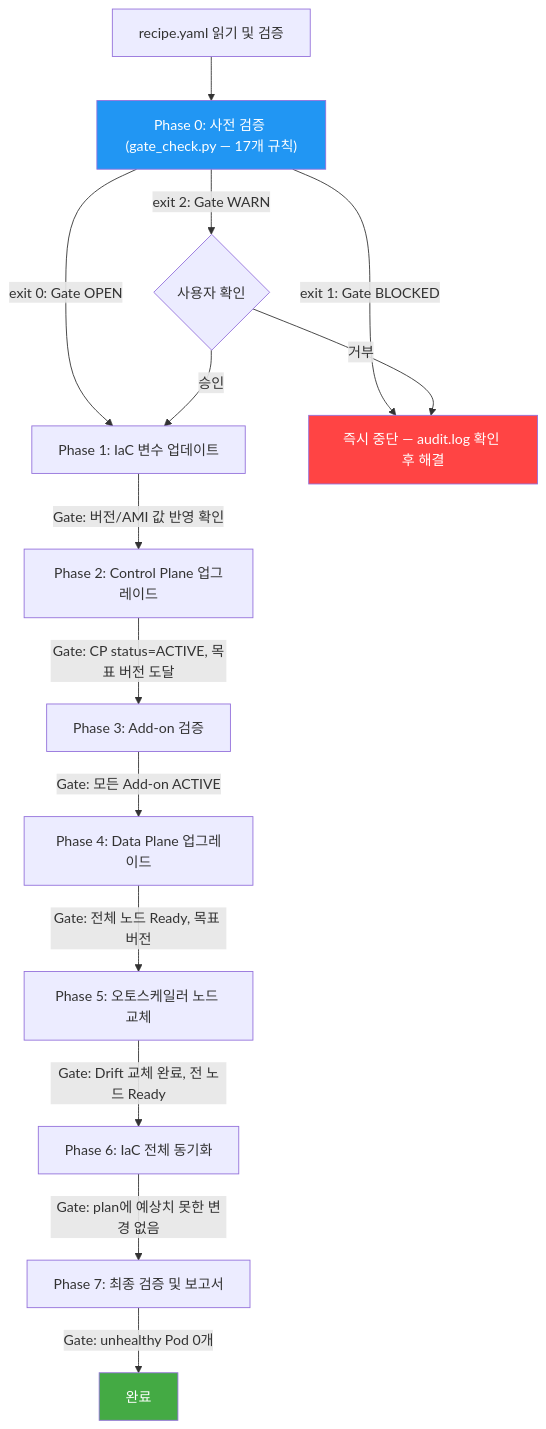
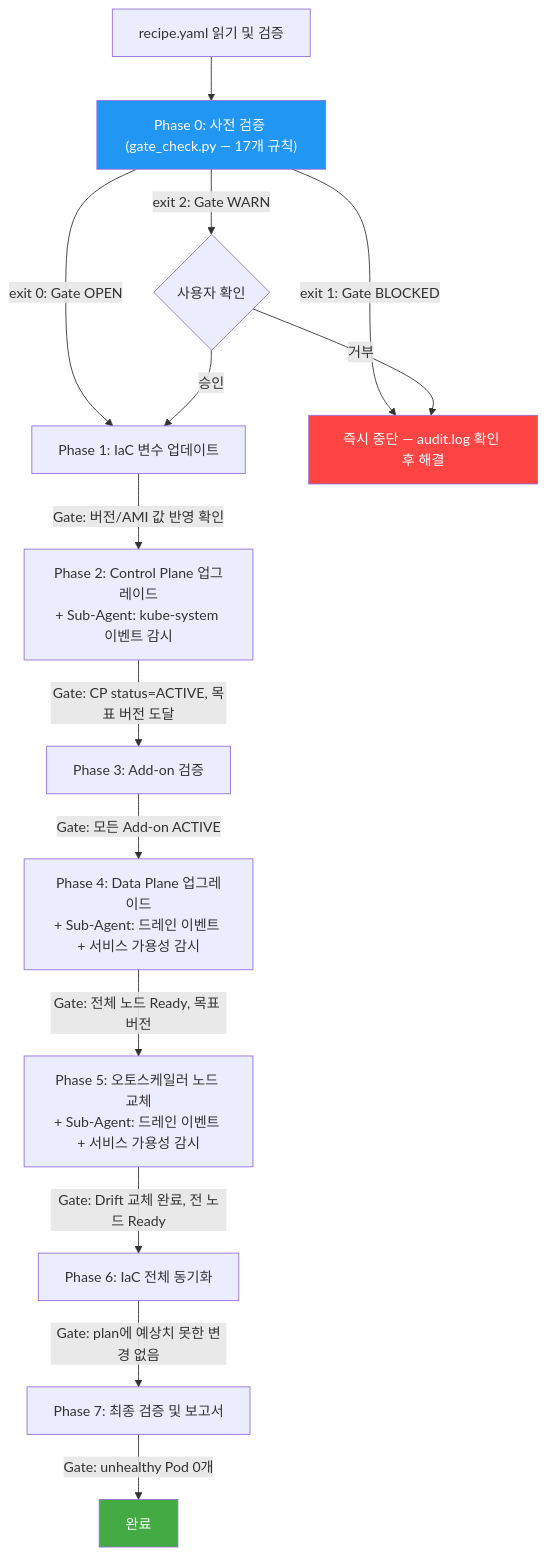
One commit to HaeDalWang/k8s-upgrade-skills changed the diagram in README.md. Above: the diagram before and after it, drawn with Mermaid. The commit also changed other lines of this file, not shown here.

````diff
--- a/README.md
+++ b/README.md
@@ -182,20 +180,20 @@
 ```mermaid
 graph TD
     A[recipe.yaml 읽기 및 검증] --> B0["Phase 0: 사전 검증 (gate_check.py — 17개 규칙)"]
     B0 -- "exit 0: Gate OPEN" --> C[Phase 1: IaC 변수 업데이트]
     B0 -- "exit 1: Gate BLOCKED" --> STOP[즉시 중단 — audit.log 확인 후 해결]
     B0 -- "exit 2: Gate WARN" --> USER_CONFIRM{사용자 확인}
     USER_CONFIRM -- "승인" --> C
     USER_CONFIRM -- "거부" --> STOP
-    C -- "Gate: 버전/AMI 값 반영 확인" --> D[Phase 2: Control Plane 업그레이드]
+    C -- "Gate: 버전/AMI 값 반영 확인" --> D["Phase 2: Control Plane 업그레이드\n+ Sub-Agent: kube-system 이벤트 감시"]
     D -- "Gate: CP status=ACTIVE, 목표 버전 도달" --> E[Phase 3: Add-on 검증]
-    E -- "Gate: 모든 Add-on ACTIVE" --> F[Phase 4: Data Plane 업그레이드]
-    F -- "Gate: 전체 노드 Ready, 목표 버전" --> G[Phase 5: 오토스케일러 노드 교체]
+    E -- "Gate: 모든 Add-on ACTIVE" --> F["Phase 4: Data Plane 업그레이드\n+ Sub-Agent: 드레인 이벤트 + 서비스 가용성 감시"]
+    F -- "Gate: 전체 노드 Ready, 목표 버전" --> G["Phase 5: 오토스케일러 노드 교체\n+ Sub-Agent: 드레인 이벤트 + 서비스 가용성 감시"]
     G -- "Gate: Drift 교체 완료, 전 노드 Ready" --> H[Phase 6: IaC 전체 동기화]
     H -- "Gate: plan에 예상치 못한 변경 없음" --> I[Phase 7: 최종 검증 및 보고서]
     I -- "Gate: unhealthy Pod 0개" --> J[완료]
 
     style STOP fill:#f44,color:#fff
     style J fill:#4a4,color:#fff
     style B0 fill:#2196F3,color:#fff
 ```
````
